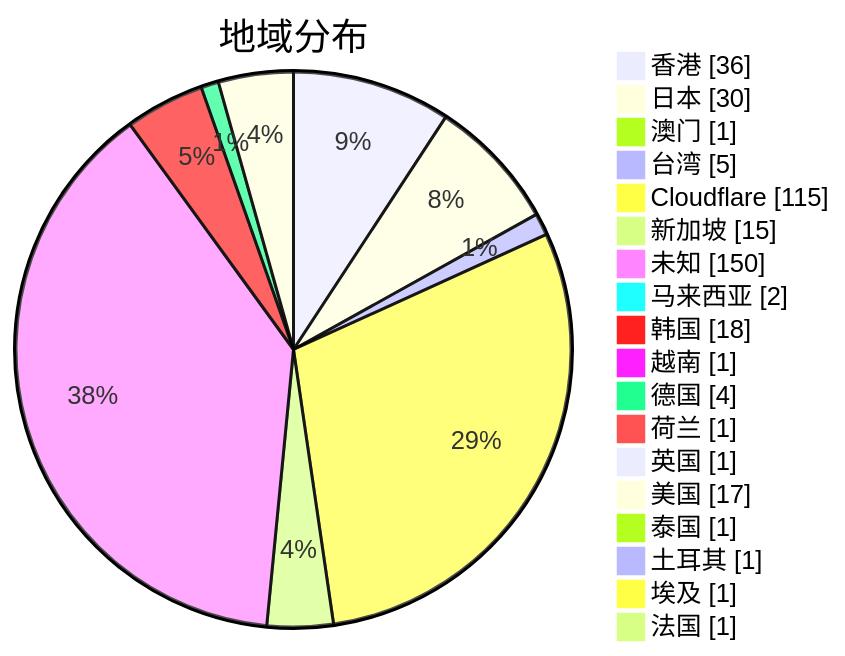
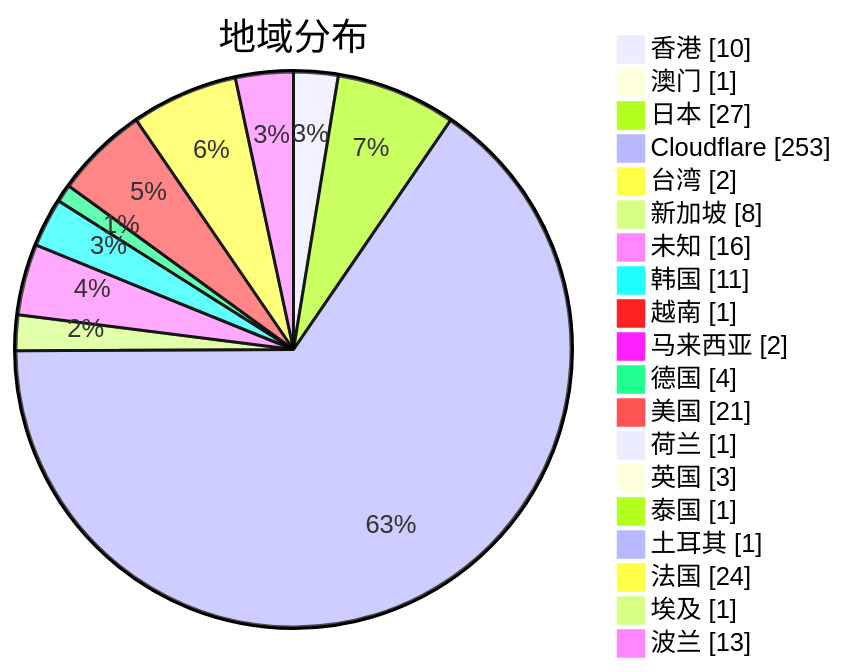
The second of 3 diagrams in subs/statistics/tested_within.md (qjlxg/airport), drawn with Mermaid before and after one commit. The commit also changed other lines of this file and 2 other files, not shown here.

Commit message:
Tested by metaST

````diff
--- a/subs/statistics/tested_within.md
+++ b/subs/statistics/tested_within.md
@@ -13,22 +13,23 @@
 ```mermaid
 pie showData
 title 地域分布
-"香港" : 36
-"日本" : 30
+"香港" : 10
 "澳门" : 1
-"台湾" : 5
-"Cloudflare" : 115
-"新加坡" : 15
-"未知" : 150
+"日本" : 27
+"Cloudflare" : 253
+"台湾" : 2
+"新加坡" : 8
+"未知" : 16
+"韩国" : 11
+"越南" : 1
 "马来西亚" : 2
-"韩国" : 18
-"越南" : 1
 "德国" : 4
+"美国" : 21
 "荷兰" : 1
-"英国" : 1
-"美国" : 17
+"英国" : 3
 "泰国" : 1
 "土耳其" : 1
+"法国" : 24
 "埃及" : 1
-"法国" : 1
+"波兰" : 13
 ```
````
